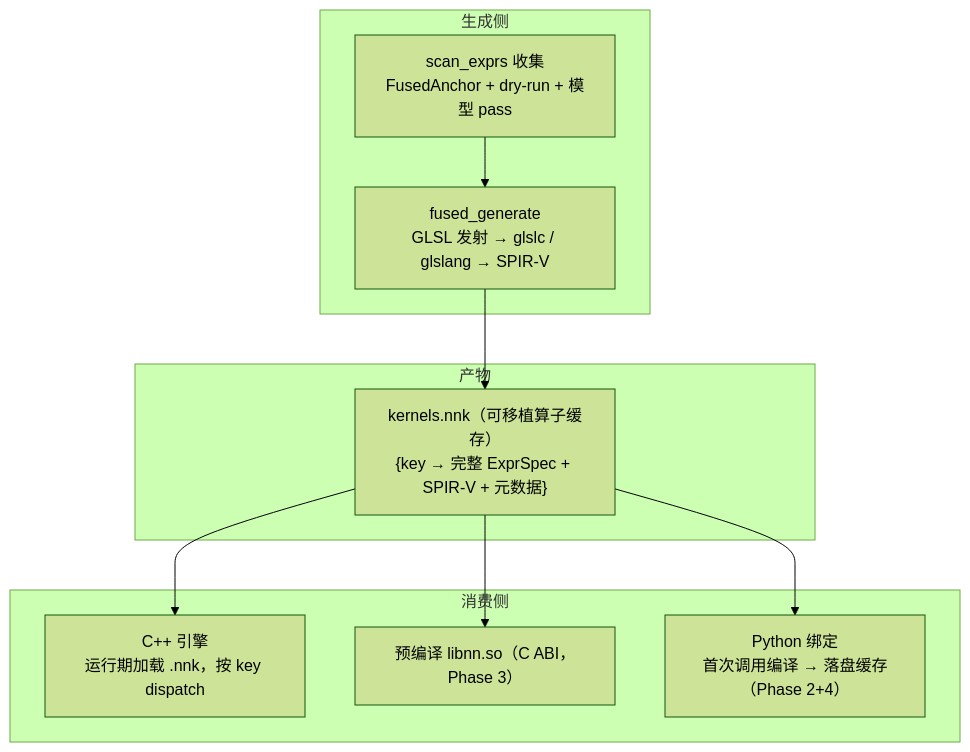
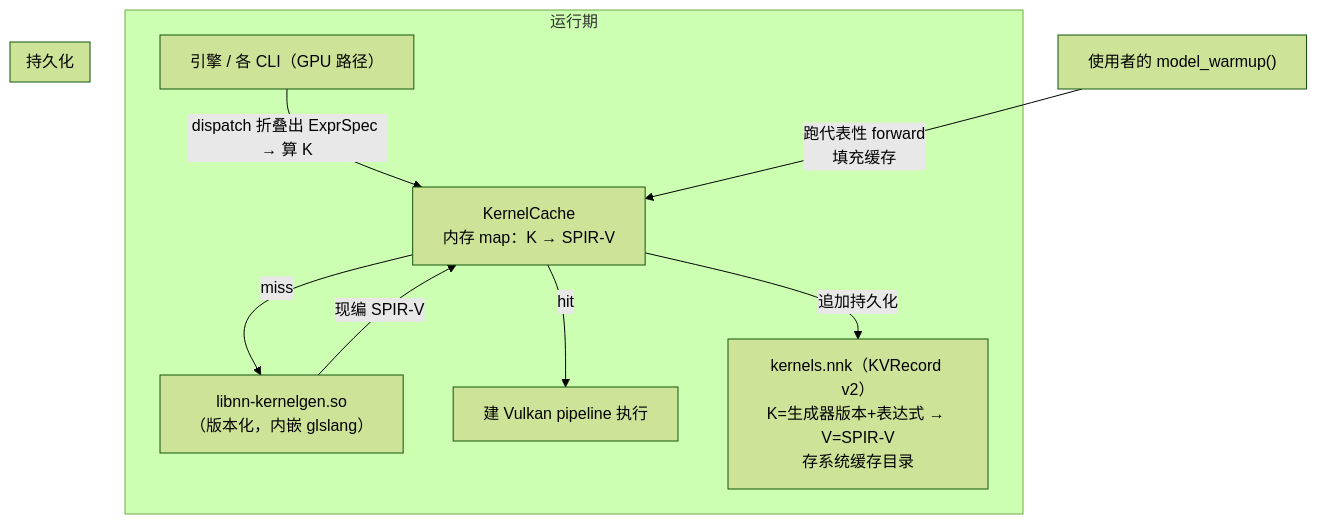
One commit to neuralnet-cpp-dev/neuralnet.cpp changed the diagram in docs/internal/33-kernel-cache-and-engine-decouple.md. Above: the diagram before and after it, drawn with Mermaid (forest theme). The commit also changed other lines of this file and 4 other files, not shown here.

First line of the commit message:
refactor(engine): .nnk 缓存容器改为 KVRecord v2，K=生成器版本+表达式 → V=SPIR-V

````diff
--- a/docs/internal/33-kernel-cache-and-engine-decouple.md
+++ b/docs/internal/33-kernel-cache-and-engine-decouple.md
@@ -42,19 +45,15 @@
 ```mermaid
 graph TB
-    subgraph 生成侧
-        G["scan_exprs 收集<br/>FusedAnchor + dry-run + 模型 pass"]
-        E["fused_generate<br/>GLSL 发射 → glslc / glslang → SPIR-V"]
+    subgraph 运行期
+        E["引擎 / 各 CLI（GPU 路径）"] -->|"dispatch 折叠出 ExprSpec → 算 K"| C["KernelCache<br/>内存 map：K → SPIR-V"]
+        C -->|"miss"| G
+        C -->|"hit"| P["建 Vulkan pipeline 执行"]
+        G["libnn-kernelgen.so<br/>（版本化，内嵌 glslang）"]
+        G -->|"现编 SPIR-V"| C
+        C -->|"追加持久化"| F
     end
-    subgraph 产物
-        C["kernels.nnk（可移植算子缓存）<br/>{key → 完整 ExprSpec + SPIR-V + 元数据}"]
+    subgraph 持久化
+        F["kernels.nnk（KVRecord v2）<br/>K=生成器版本+表达式 → V=SPIR-V<br/>存系统缓存目录"]
     end
-    subgraph 消费侧
-        Cpp["C++ 引擎<br/>运行期加载 .nnk，按 key dispatch"]
-        So["预编译 libnn.so（C ABI，Phase 3）"]
-        Py["Python 绑定<br/>首次调用编译 → 落盘缓存（Phase 2+4）"]
-    end
-    G --> E --> C
-    C --> Cpp
-    C --> So
-    C --> Py
+    W["使用者的 model_warmup()"] -->|"跑代表性 forward<br/>填充缓存"| C
 ```
````
